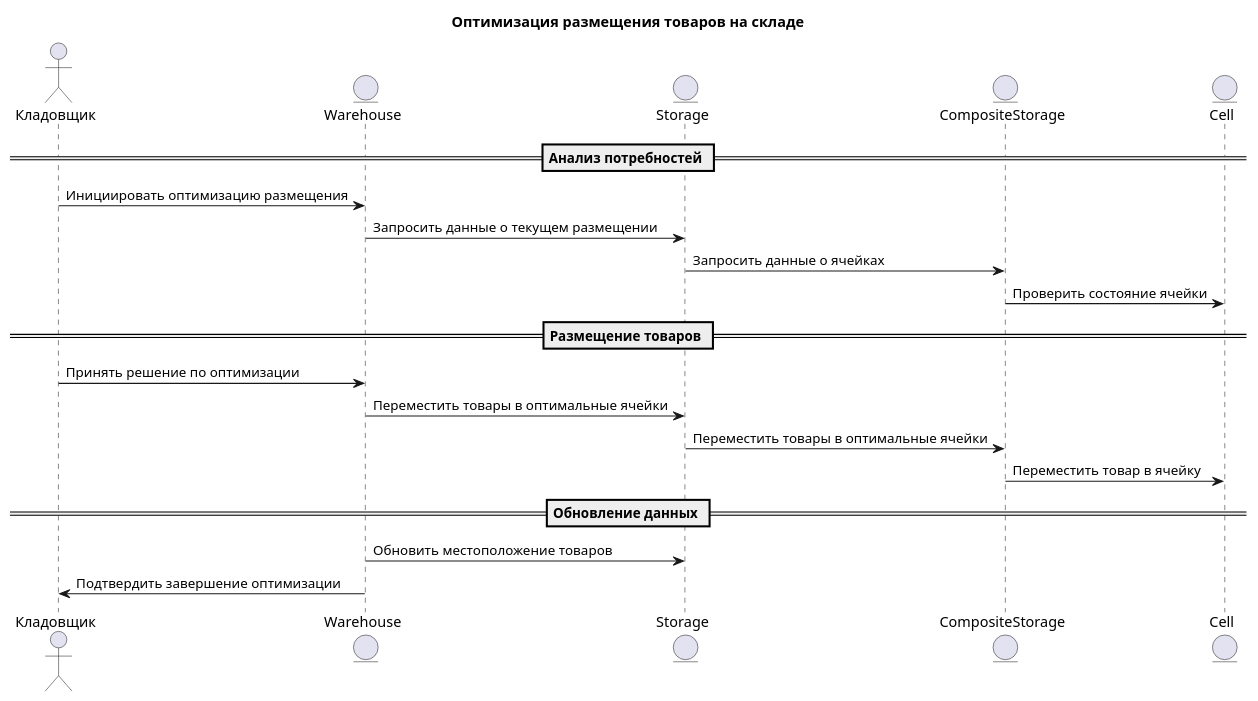
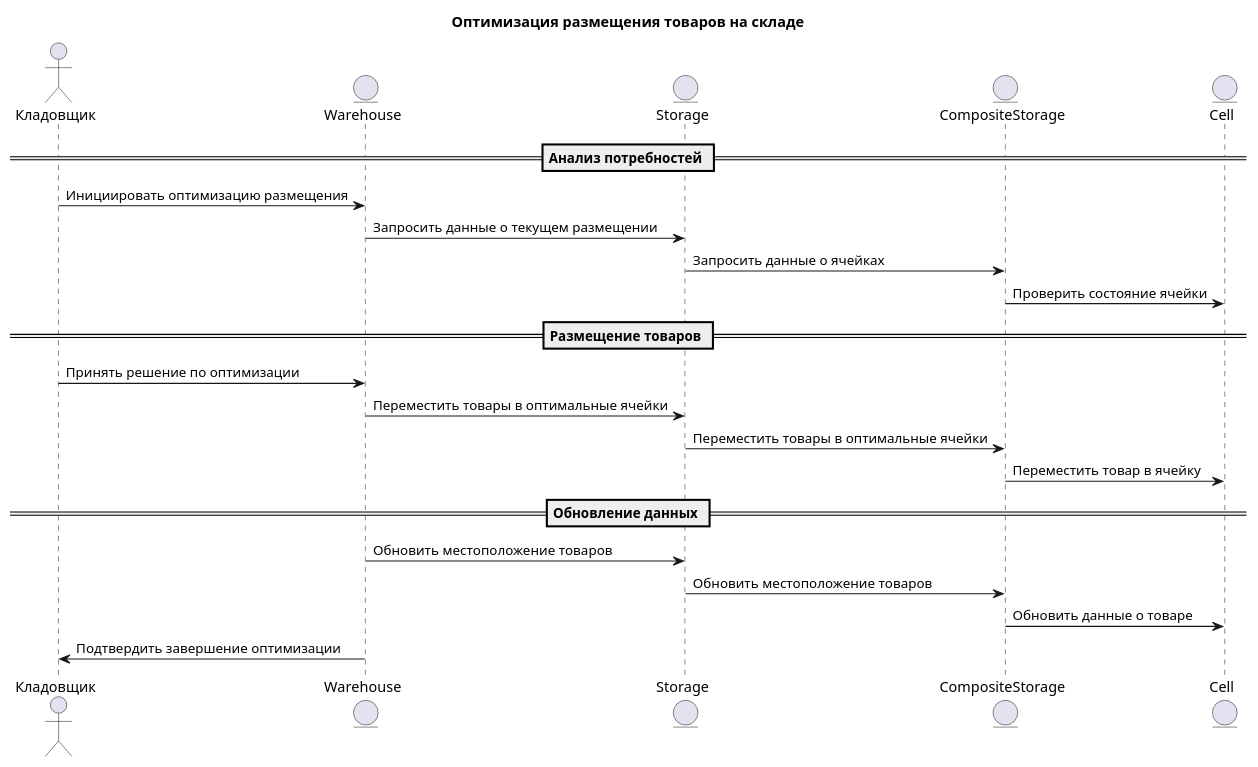
The diagram in Precedents/Оптимизация размещений/Диаграмма последовательности.md (penamarth/bsbo-14-22_team5_var6), drawn with PlantUML before and after one commit.

Commit message:
Optimization: add CompositeStorage and Cell to the update chain

````diff
--- a/Precedents/Оптимизация размещений/Диаграмма последовательности.md
+++ b/Precedents/Оптимизация размещений/Диаграмма последовательности.md
@@ -1,28 +1,30 @@
 ```plantuml
 @startuml
 actor "Кладовщик" as warehouseManager
 entity "Warehouse" as warehouse
 entity "Storage" as storage
 entity "CompositeStorage" as compositeStorage
 entity "Cell" as cell
 
 title Оптимизация размещения товаров на складе
 
 == Анализ потребностей ==
 warehouseManager -> warehouse: Инициировать оптимизацию размещения
 warehouse -> storage: Запросить данные о текущем размещении
 storage -> compositeStorage: Запросить данные о ячейках
 compositeStorage -> cell: Проверить состояние ячейки
 
 == Размещение товаров ==
 warehouseManager -> warehouse: Принять решение по оптимизации
 warehouse -> storage: Переместить товары в оптимальные ячейки
 storage -> compositeStorage: Переместить товары в оптимальные ячейки
 compositeStorage -> cell: Переместить товар в ячейку
 
 == Обновление данных ==
 warehouse -> storage: Обновить местоположение товаров
+storage -> compositeStorage: Обновить местоположение товаров
+compositeStorage -> cell: Обновить данные о товаре
 warehouse -> warehouseManager: Подтвердить завершение оптимизации
 
 @enduml
 ```
````
